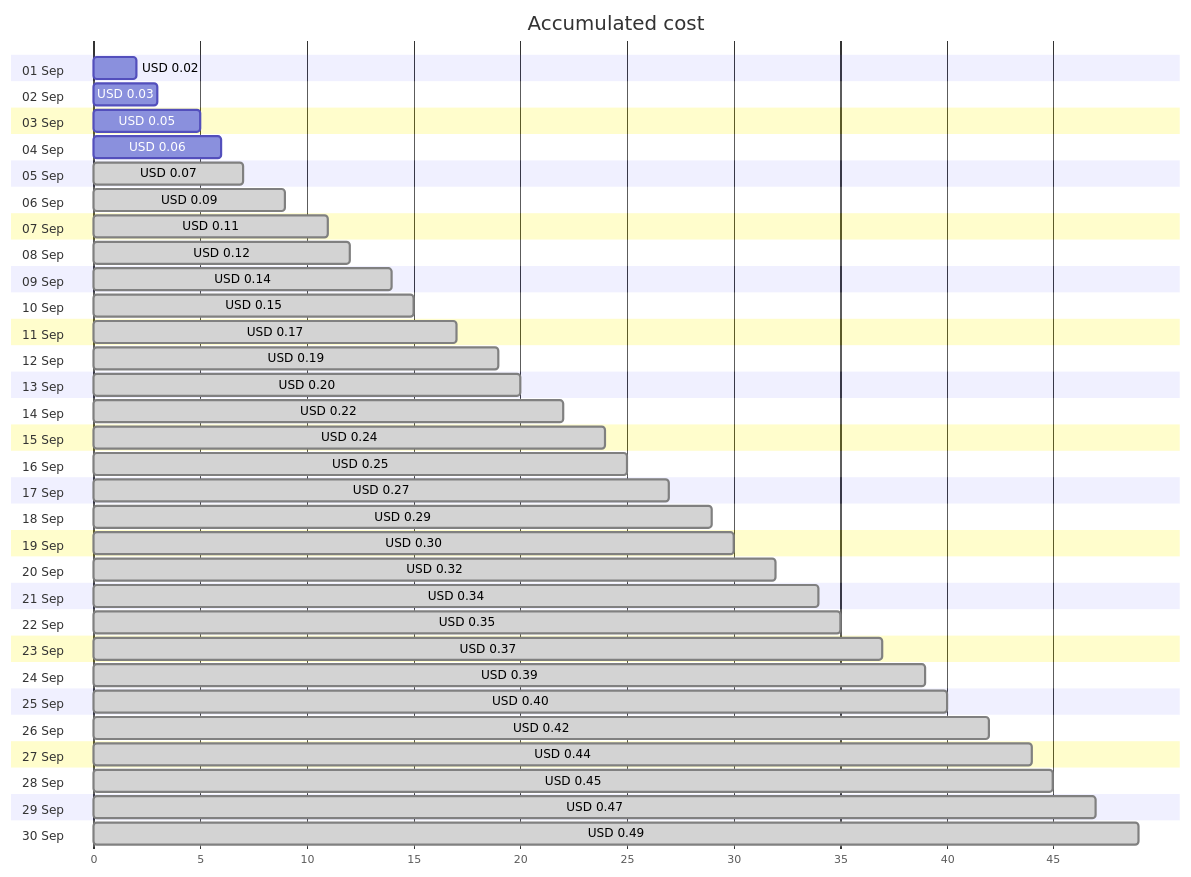
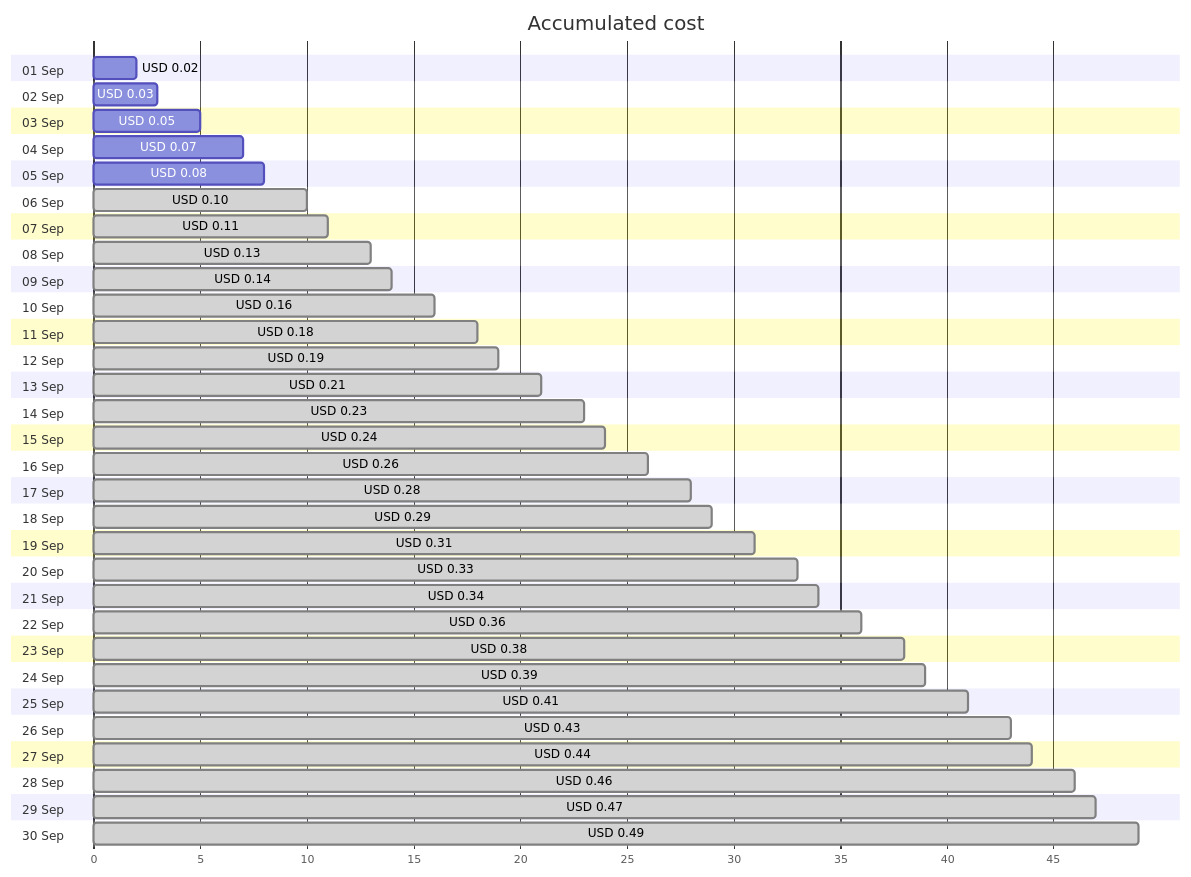
Before and after one commit to jpfulton/azure-personal-reports: the first of 4 diagrams in cost-reports/personal-dns/jpatrickfulton.dev.md, drawn with Mermaid. The commit also changed other lines of this file and 2 other files, not shown here.

Commit message:
Generated reports [skip ci]

````diff
--- a/cost-reports/personal-dns/jpatrickfulton.dev.md
+++ b/cost-reports/personal-dns/jpatrickfulton.dev.md
@@ -20,66 +20,66 @@
 ```mermaid
 gantt
    title Accumulated cost
    dateFormat  X
    axisFormat %s
    section 01 Sep
    USD 0.02 :0, 2
    section 02 Sep
    USD 0.03 :0, 3
    section 03 Sep
    USD 0.05 :0, 5
    section 04 Sep
-   USD 0.06 :0, 6
+   USD 0.07 :0, 7
    section 05 Sep
-   USD 0.07 : done, 0, 7
+   USD 0.08 :0, 8
    section 06 Sep
-   USD 0.09 : done, 0, 9
+   USD 0.10 : done, 0, 10
    section 07 Sep
    USD 0.11 : done, 0, 11
    section 08 Sep
-   USD 0.12 : done, 0, 12
+   USD 0.13 : done, 0, 13
    section 09 Sep
    USD 0.14 : done, 0, 14
    section 10 Sep
-   USD 0.15 : done, 0, 15
+   USD 0.16 : done, 0, 16
    section 11 Sep
-   USD 0.17 : done, 0, 17
+   USD 0.18 : done, 0, 18
    section 12 Sep
    USD 0.19 : done, 0, 19
    section 13 Sep
-   USD 0.20 : done, 0, 20
+   USD 0.21 : done, 0, 21
    section 14 Sep
-   USD 0.22 : done, 0, 22
+   USD 0.23 : done, 0, 23
    section 15 Sep
    USD 0.24 : done, 0, 24
    section 16 Sep
-   USD 0.25 : done, 0, 25
+   USD 0.26 : done, 0, 26
    section 17 Sep
-   USD 0.27 : done, 0, 27
+   USD 0.28 : done, 0, 28
    section 18 Sep
    USD 0.29 : done, 0, 29
    section 19 Sep
-   USD 0.30 : done, 0, 30
+   USD 0.31 : done, 0, 31
    section 20 Sep
-   USD 0.32 : done, 0, 32
+   USD 0.33 : done, 0, 33
    section 21 Sep
    USD 0.34 : done, 0, 34
    section 22 Sep
-   USD 0.35 : done, 0, 35
+   USD 0.36 : done, 0, 36
    section 23 Sep
-   USD 0.37 : done, 0, 37
+   USD 0.38 : done, 0, 38
    section 24 Sep
    USD 0.39 : done, 0, 39
    section 25 Sep
-   USD 0.40 : done, 0, 40
+   USD 0.41 : done, 0, 41
    section 26 Sep
-   USD 0.42 : done, 0, 42
+   USD 0.43 : done, 0, 43
    section 27 Sep
    USD 0.44 : done, 0, 44
    section 28 Sep
-   USD 0.45 : done, 0, 45
+   USD 0.46 : done, 0, 46
    section 29 Sep
    USD 0.47 : done, 0, 47
    section 30 Sep
    USD 0.49 : done, 0, 49
 ```
````
